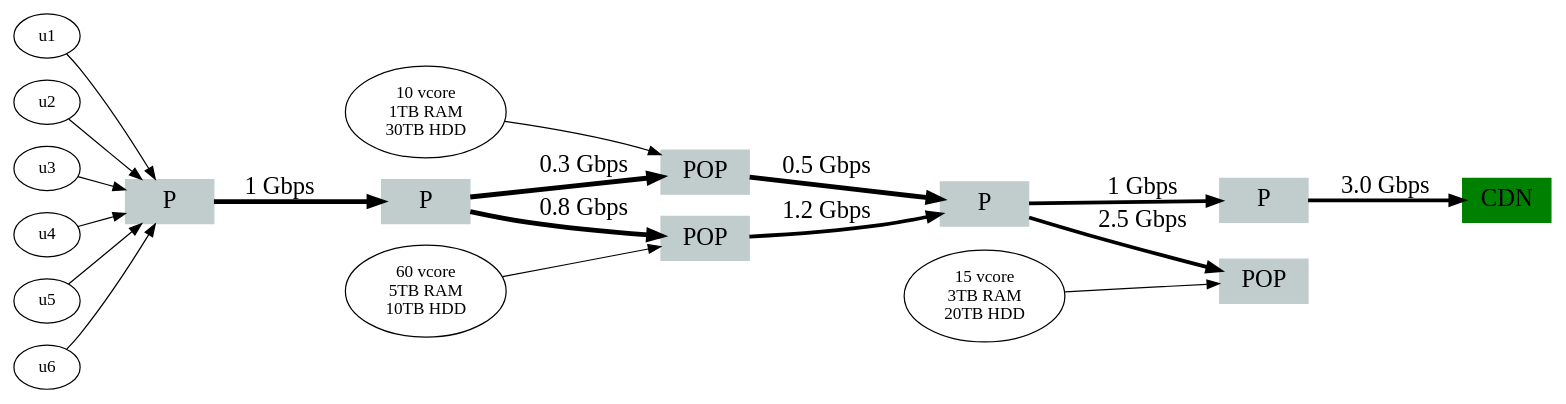
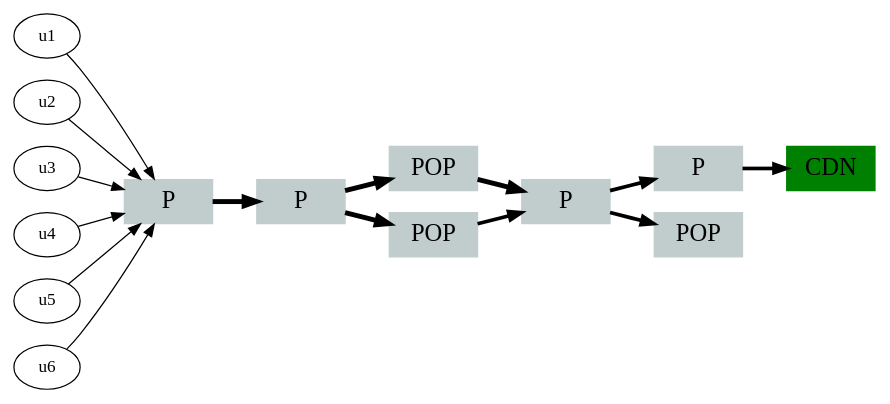
Before and after one commit to nherbaut/vCDN: the diagram in paper/fig/substrate.dot, drawn with Graphviz. The commit also changed 2 other files, not shown here.

```diff
--- a/paper/fig/substrate.dot
+++ b/paper/fig/substrate.dot
@@ -1,37 +1,32 @@
 digraph{rankdir=LR;
 
 
 
  subgraph{
 u1->0;
 u2->0;
 u3->0;
 u4->0;
 u5->0;
 u6->0;
-cpu10->2[weight=1];
-cpu10[label="10 vcore\n1TB RAM\n30TB HDD"];
-cpu11->3[weight=1];
-cpu11[label="60 vcore\n5TB RAM\n10TB HDD"];
-cpu12->6[weight=1];
-cpu12[label="15 vcore\n3TB RAM\n20TB HDD"];
+
 0 [label="P",shape=box,color=black,width=1.000000,fontsize=20,color=azure3,style=filled];
 1 [label="P",shape=box,color=black,width=1.000000,fontsize=20,color=azure3,style=filled];
 2 [label="POP",shape=box,color=black,width=1.000000,fontsize=20,color=azure3,style=filled];
 3 [label="POP",shape=box,color=black,width=1.000000,fontsize=20,color=azure3,style=filled];
 4 [label="P",shape=box,color=black,width=1.000000,fontsize=20,color=azure3,style=filled];
 5 [label="P",shape=box,color=black,width=1.000000,fontsize=20,color=azure3,style=filled];
 6 [label="POP",shape=box,color=black,width=1.000000,fontsize=20,color=azure3,style=filled];
 7 [label="CDN",shape=box,color=black,width=1.000000,fontsize=20,color=green,style=filled];
-0->1 [ label="1 Gbps", penwidth="4",  fontsize=20];
- 1->2 [ label="0.3 Gbps", penwidth="4", fontsize=20];
- 1->3 [ label="0.8 Gbps", penwidth="4",  fontsize=20];
- 2->4 [ label="0.5 Gbps", penwidth="4",  fontsize=20];
- 3->4 [ label="1.2 Gbps", penwidth="3",  fontsize=20];
- 4->6 [ label="2.5 Gbps", penwidth="3",  fontsize=20];
- 5->7 [ label="3.0 Gbps", penwidth="3",  fontsize=20];
- 4->5 [ label="1 Gbps", penwidth="3",  fontsize=20];
+0->1 [  penwidth="4",  fontsize=20];
+ 1->2 [  penwidth="4", fontsize=20];
+ 1->3 [  penwidth="4",  fontsize=20];
+ 2->4 [  penwidth="4",  fontsize=20];
+ 3->4 [  penwidth="3",  fontsize=20];
+ 4->6 [  penwidth="3",  fontsize=20];
+ 5->7 [  penwidth="3",  fontsize=20];
+ 4->5 [  penwidth="3",  fontsize=20];
 
 }
 
 }
```
